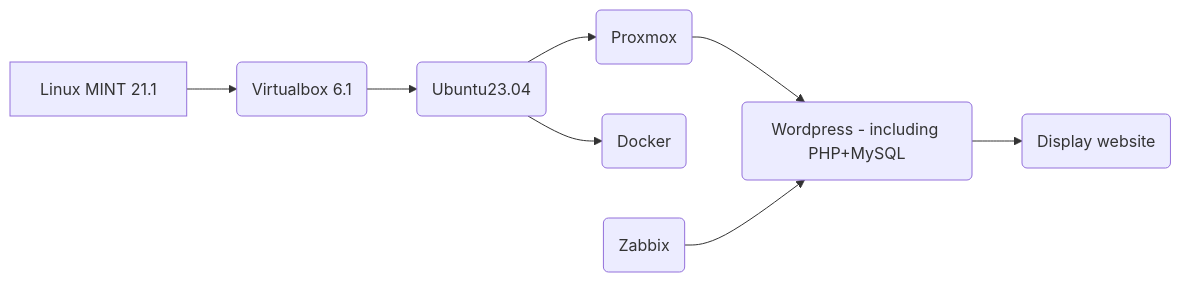
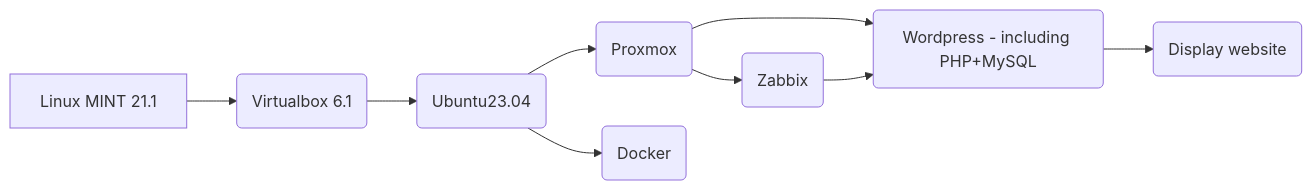
The diagram in Project.md (DanyAAD90/DevOps_junior_Wordpress), drawn with Mermaid before and after one commit.

````diff
--- a/Project.md
+++ b/Project.md
@@ -3,10 +3,11 @@
 ```mermaid
 graph LR
 A[Linux MINT 21.1] --> B(Virtualbox 6.1)
 B --> C(Ubuntu23.04)
 C --> D(Proxmox)
 D --> E(Wordpress - including PHP+MySQL)
 E --> G(Display website)
 C --> F(Docker)
+D --> H
 H(Zabbix) --> E
 ```
````
